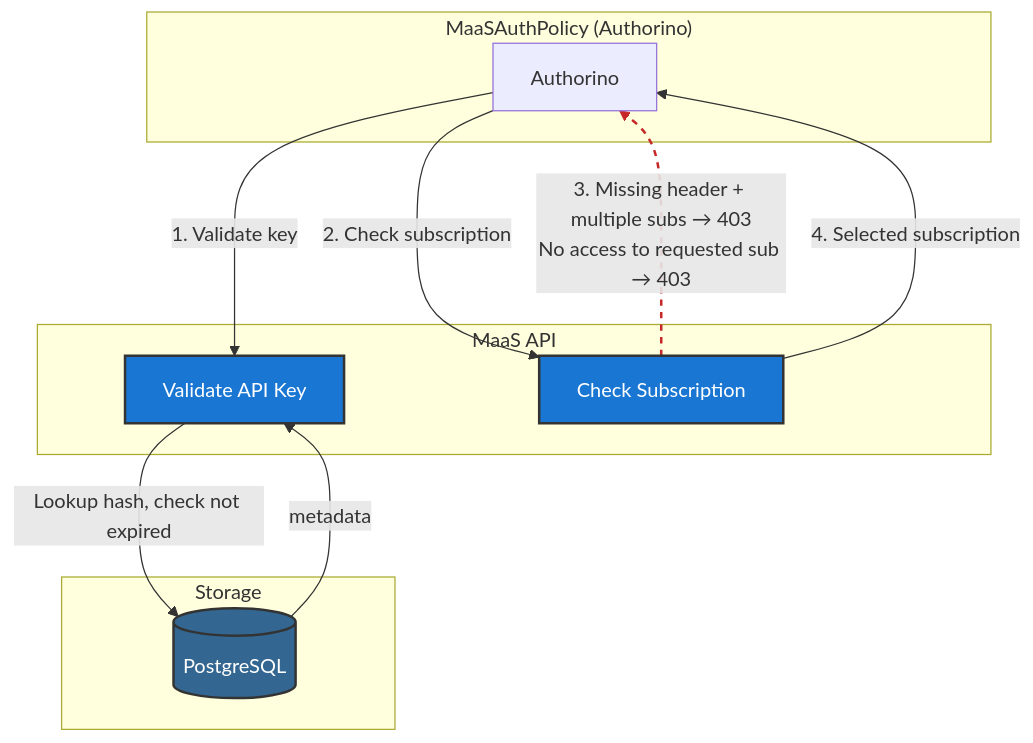
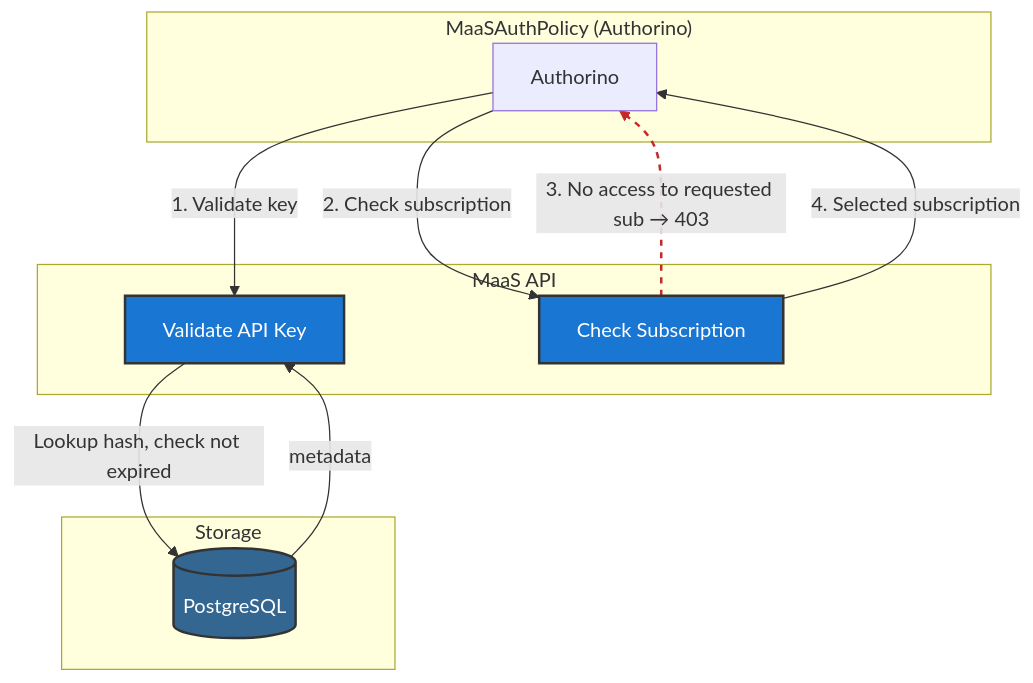
The fifth of 8 diagrams in docs/content/architecture.md (SB159/maas-billing), drawn with Mermaid before and after one commit. The commit also changed other lines of this file and 38 other files, not shown here.

````diff
--- a/docs/content/architecture.md
+++ b/docs/content/architecture.md
@@ -219,29 +219,29 @@
 ```mermaid
 graph TB
     subgraph AuthLayer["MaaSAuthPolicy (Authorino)"]
         A[Authorino]
     end
     
     subgraph MaaSLayer["MaaS API"]
         Validate[Validate API Key]
         SubSelect[Check Subscription]
     end
     
     subgraph Storage["Storage"]
         DB[(PostgreSQL)]
     end
     
     A -->|"1. Validate key"| Validate
     Validate -->|"Lookup hash, check not expired"| DB
     DB -->|"metadata"| Validate
     
     A -->|"2. Check subscription"| SubSelect
-    SubSelect -.->|"3. Missing header + multiple subs → 403<br/>No access to requested sub → 403"| A
+    SubSelect -.->|"3. No access to requested sub → 403"| A
     SubSelect -->|"4. Selected subscription"| A
     
     linkStyle 4 stroke:#c62828,stroke-width:2px,stroke-dasharray:5,5
     
     style Validate fill:#1976d2,stroke:#333,stroke-width:2px,color:#fff
     style SubSelect fill:#1976d2,stroke:#333,stroke-width:2px,color:#fff
     style DB fill:#336791,stroke:#333,stroke-width:2px,color:#fff
 ```
````
